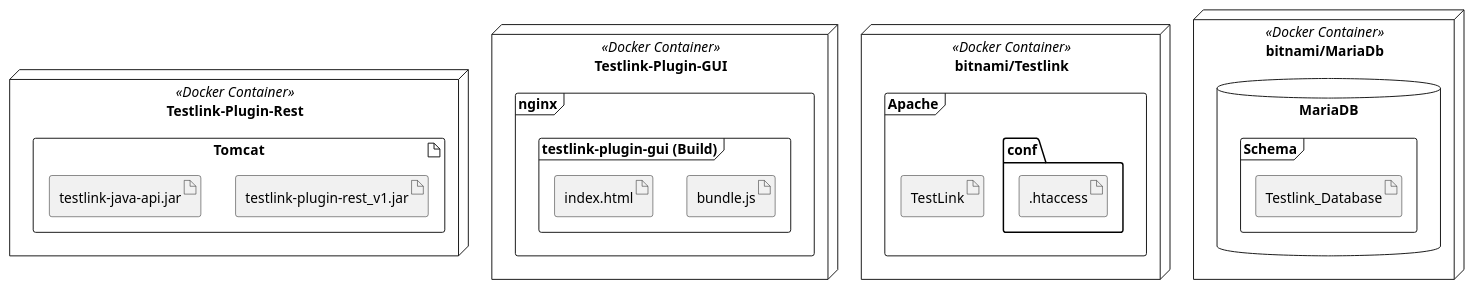
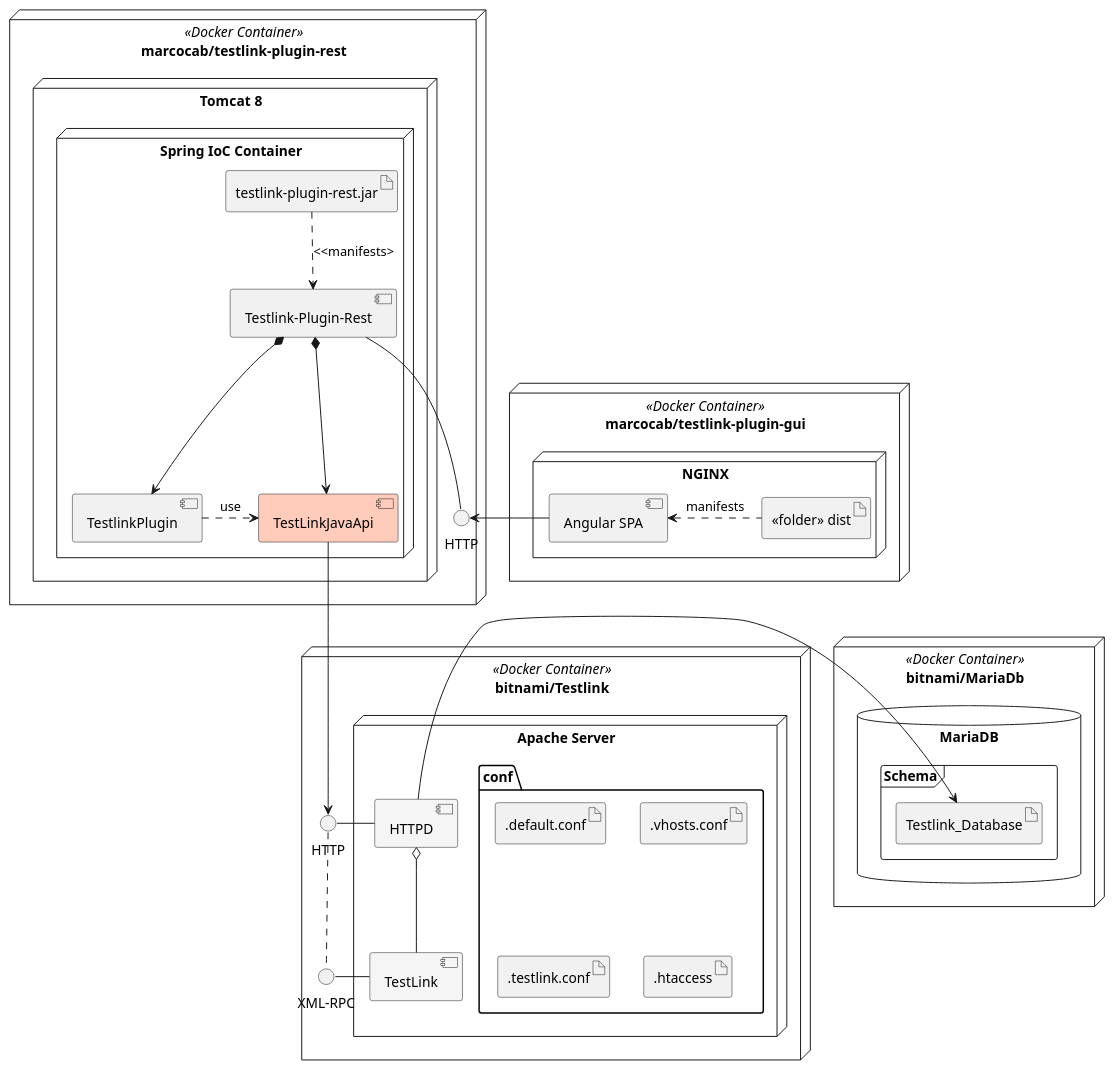
Before and after one commit to MarcoCaballero/testlink-plugin: the diagram in docs/deployment-view/deployment-docker.wsd, drawn with PlantUML. The commit also changed 27 other files, not shown here.

Commit message:
Updating UML docs [--deploy-DockerHub]

```diff
--- a/docs/deployment-view/deployment-docker.wsd
+++ b/docs/deployment-view/deployment-docker.wsd
@@ -1,38 +1,59 @@
 @startuml Deployment Docker
-node Testlink-Plugin-Rest <<Docker Container>> {
-  artifact "Tomcat" {
-    artifact "testlink-plugin-rest_v1.jar"
-    artifact "testlink-java-api.jar"
+
+
+node "marcocab/testlink-plugin-rest" <<Docker Container>> {
+  interface "HTTP" as tlp_http
+  node "Tomcat 8" {
+    node "Spring IoC Container" {
+      artifact "testlink-plugin-rest.jar" as tlp_rest_jar
+      component "Testlink-Plugin-Rest" as tlp_rest
+
+      [TestLinkJavaApi] #FFCCBC
+      tlp_http -up- tlp_rest
+      tlp_rest *--> [TestlinkPlugin]
+      tlp_rest *--> [TestLinkJavaApi]
+      tlp_rest_jar ..> [tlp_rest]: <<manifests>
+      [TestlinkPlugin] .right.> [TestLinkJavaApi]: use
+    }
   }
 }
-
-node Testlink-Plugin-GUI <<Docker Container>> {
-  frame  nginx {
-    frame "testlink-plugin-gui (Build)" {
-      artifact "bundle.js" as bundle
-      artifact "index.html" as index
-    }
+node "marcocab/testlink-plugin-gui" <<Docker Container>> {
+  node "NGINX" {
+    artifact "<<folder>> dist" as dist
+    [Angular SPA] -left-> tlp_http
+    dist .left.> [Angular SPA]: manifests
   }
 }
 
 node "bitnami/Testlink" <<Docker Container>> {
-  frame Apache {
-    artifact TestLink
+  interface "HTTP" as apache_http
+  interface "XML-RPC" as testlink_rpc
+  node "Apache Server" {
+    [HTTPD]  -left- apache_http
+    [TestLink] -left- testlink_rpc
+    [HTTPD] #F5F5F5
+    [TestLink] #F5F5F5
     folder conf {
       artifact ".default.conf" as defconf
-      artifact ".vhosts.conf" as defconf
-      artifact ".testlink.conf" as defconf
-      artifact ".htaccess" as defconf
+      artifact ".vhosts.conf" as defconf2
+      artifact ".testlink.conf" as defconf3
+      artifact ".htaccess" as defconf4
     }
   }
 }
 
 node "bitnami/MariaDb" <<Docker Container>> {
   database "MariaDB" {
     frame "Schema" {
       artifact Testlink_Database
-      
+
     }
   }
 }
+
+
+[HTTPD] o-- [TestLink]
+[HTTPD] -left-> [Testlink_Database]
+apache_http .. testlink_rpc
+[TestLinkJavaApi] -down-> apache_http
 @enduml
```
